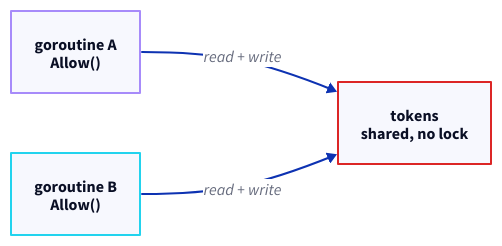
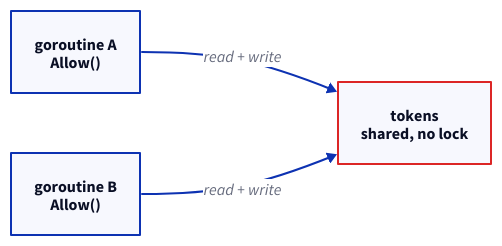
The first of 2 diagrams in courses/concurrency-gauntlet-go.md (michael-duren/rubber-duck), drawn with D2 before and after one commit. The commit also changed other lines of this file and 29 other files, not shown here.

````diff
--- a/courses/concurrency-gauntlet-go.md
+++ b/courses/concurrency-gauntlet-go.md
@@ -264,19 +264,13 @@
 ```d2
 direction: right
 
-g1: "goroutine A\nAllow()" {
-  style.stroke: "#a78bfa"
-  style.stroke-width: 2
-}
-g2: "goroutine B\nAllow()" {
-  style.stroke: "#22d3ee"
-  style.stroke-width: 2
-}
+g1: "goroutine A\nAllow()"
+g2: "goroutine B\nAllow()"
 tokens: "tokens\nshared, no lock" {
   style.stroke: "#dc2626"
   style.stroke-width: 2
 }
 
 g1 -> tokens: "read + write"
 g2 -> tokens: "read + write"
 ```
````
